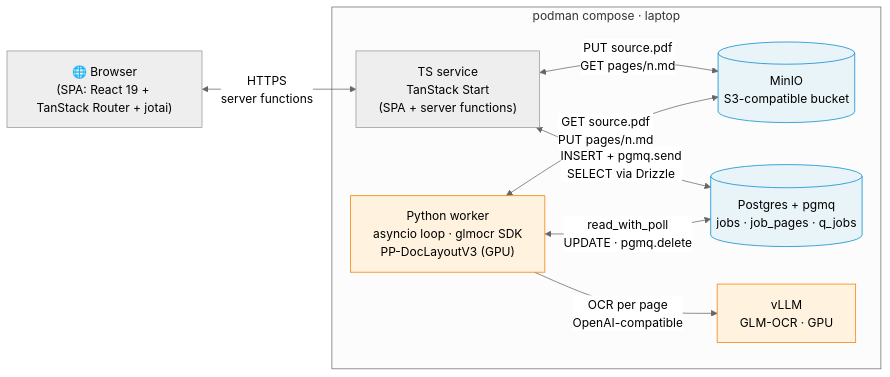
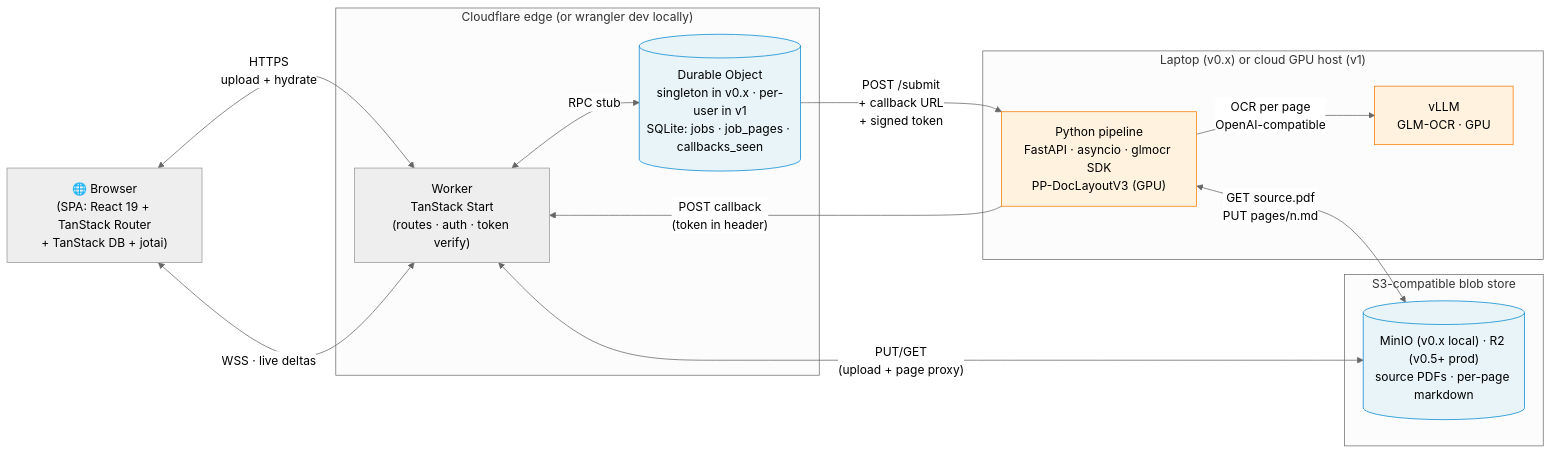
One commit to zyplux/zyp-ocr changed the diagram in plan/totvibe-ocr.md. Above: the diagram before and after it, drawn with Mermaid (neutral theme). The commit also changed other lines of this file and 1 other file, not shown here.

````diff
--- a/plan/totvibe-ocr.md
+++ b/plan/totvibe-ocr.md
@@ -109,26 +118,34 @@
 ```mermaid
 flowchart LR
-    Browser["🌐 Browser<br/>(SPA: React 19 + TanStack Router + jotai)"]
+    Browser["🌐 Browser<br/>(SPA: React 19 + TanStack Router<br/>+ TanStack DB + jotai)"]
 
-    subgraph Compose["podman compose · laptop"]
-        TS["TS service<br/>TanStack Start<br/>(SPA + server functions)"]
-        Worker["Python worker<br/>asyncio loop · glmocr SDK<br/>PP-DocLayoutV3 (GPU)"]
-        S3[("MinIO<br/>S3-compatible bucket")]
-        DB[("Postgres + pgmq<br/>jobs · job_pages · q_jobs")]
+    subgraph Edge["Cloudflare edge (or wrangler dev locally)"]
+        W["Worker<br/>TanStack Start<br/>(routes · auth · token verify)"]
+        DO[("Durable Object<br/>singleton in v0.x · per-user in v1<br/>SQLite: jobs · job_pages · callbacks_seen")]
+    end
+
+    subgraph Blob["S3-compatible blob store"]
+        S3[("MinIO (v0.x local) · R2 (v0.5+ prod)<br/>source PDFs · per-page markdown")]
+    end
+
+    subgraph Local["Laptop (v0.x) or cloud GPU host (v1)"]
+        Pipe["Python pipeline<br/>FastAPI · asyncio · glmocr SDK<br/>PP-DocLayoutV3 (GPU)"]
         VLLM["vLLM<br/>GLM-OCR · GPU"]
     end
 
-    Browser <-->|"HTTPS<br/>server functions"| TS
+    Browser <-->|"HTTPS<br/>upload + hydrate"| W
+    Browser <-->|"WSS · live deltas"| W
+    W <-->|"RPC stub"| DO
+    W <-->|"PUT/GET<br/>(upload + page proxy)"| S3
 
-    TS <-->|"PUT source.pdf<br/>GET pages/n.md"| S3
-    TS <-->|"INSERT + pgmq.send<br/>SELECT via Drizzle"| DB
-
-    Worker <-->|"read_with_poll<br/>UPDATE · pgmq.delete"| DB
-    Worker <-->|"GET source.pdf<br/>PUT pages/n.md"| S3
-    Worker -->|"OCR per page<br/>OpenAI-compatible"| VLLM
+    DO -->|"POST /submit<br/>+ callback URL<br/>+ signed token"| Pipe
+    Pipe -->|"POST callback<br/>(token in header)"| W
+    Pipe <-->|"GET source.pdf<br/>PUT pages/n.md"| S3
+    Pipe -->|"OCR per page<br/>OpenAI-compatible"| VLLM
 
     classDef storage fill:#e8f4f8,stroke:#0288d1,color:#000
     classDef gpu fill:#fff3e0,stroke:#f57c00,color:#000
-    class S3,DB storage
-    class VLLM,Worker gpu
+    class S3 storage
+    class DO storage
+    class VLLM,Pipe gpu
 ```
````
